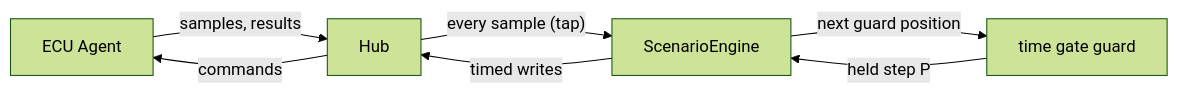
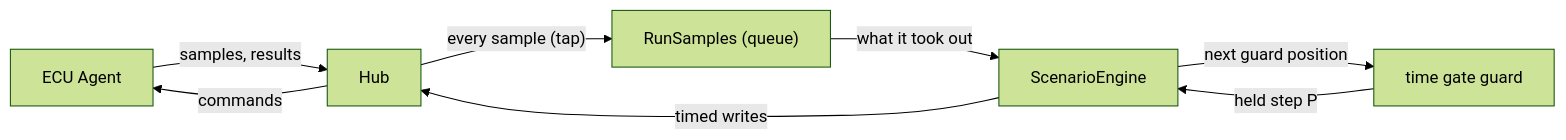
The third of 3 diagrams in docs/internals/control.md (rahanahu/vehicle-sil), drawn with Mermaid (forest theme) before and after one commit. The commit also changed other lines of this file and 135 other files, not shown here.

````diff
--- a/docs/internals/control.md
+++ b/docs/internals/control.md
@@ -885,9 +906,10 @@
 ```mermaid
 flowchart LR
     ecu["ECU Agent"] -- "samples, results" --> hub["Hub"]
-    hub -- "every sample (tap)" --> engine["ScenarioEngine"]
+    hub -- "every sample (tap)" --> samples["RunSamples (queue)"]
+    samples -- "what it took out" --> engine["ScenarioEngine"]
     engine -- "timed writes" --> hub
     hub -- "commands" --> ecu
     gate["time gate guard"] -- "held step P" --> engine
     engine -- "next guard position" --> gate
 ```
````
